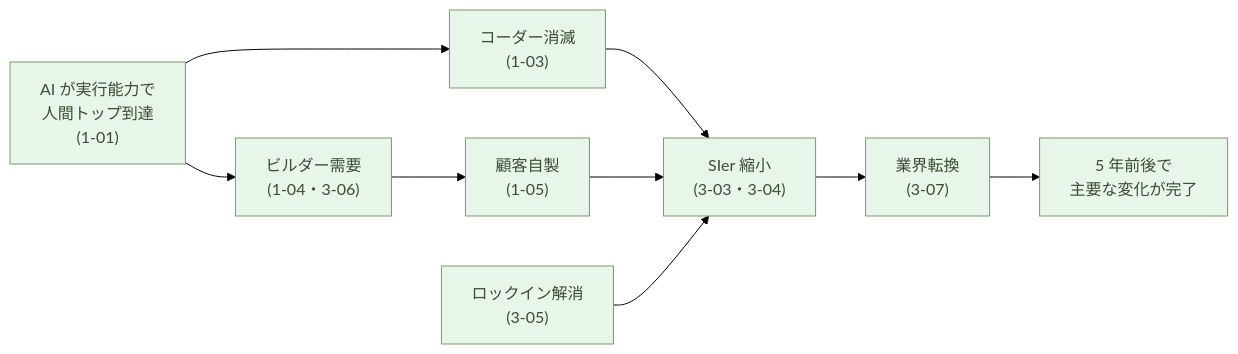
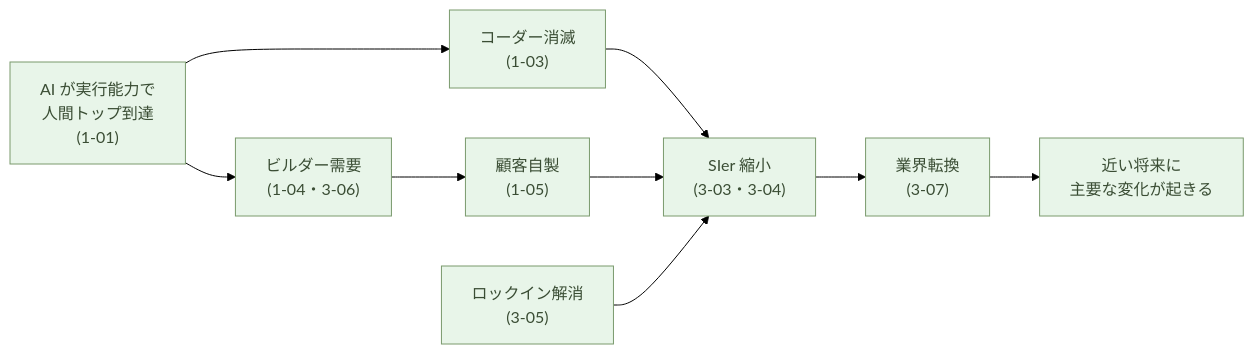
The diagram in articles/ai-native-ways/software/23-five-years/ja.md (aiseed-dev/website), drawn with Mermaid (forest theme) before and after one commit. The commit also changed other lines of this file and 12 other files, not shown here.

````diff
--- a/articles/ai-native-ways/software/23-five-years/ja.md
+++ b/articles/ai-native-ways/software/23-five-years/ja.md
@@ -49,23 +49,23 @@
 ```mermaid
 flowchart LR
   AI["AI が実行能力で<br/>人間トップ到達<br/>(1-01)"]
   Coder["コーダー消滅<br/>(1-03)"]
   Builder["ビルダー需要<br/>(1-04・3-06)"]
   Customer["顧客自製<br/>(1-05)"]
   SIer["SIer 縮小<br/>(3-03・3-04)"]
   Lock["ロックイン解消<br/>(3-05)"]
   Industry["業界転換<br/>(3-07)"]
-  Done["5 年前後で<br/>主要な変化が完了"]
+  Done["近い将来に<br/>主要な変化が起きる"]
 
   AI --> Coder
   AI --> Builder
   Builder --> Customer
   Coder --> SIer
   Customer --> SIer
   Lock --> SIer
   SIer --> Industry
   Industry --> Done
 
   classDef good fill:#e8f5e9,stroke:#7a9a6d,color:#3a4d34
   class AI,Coder,Builder,Customer,SIer,Lock,Industry,Done good
 ```
````
